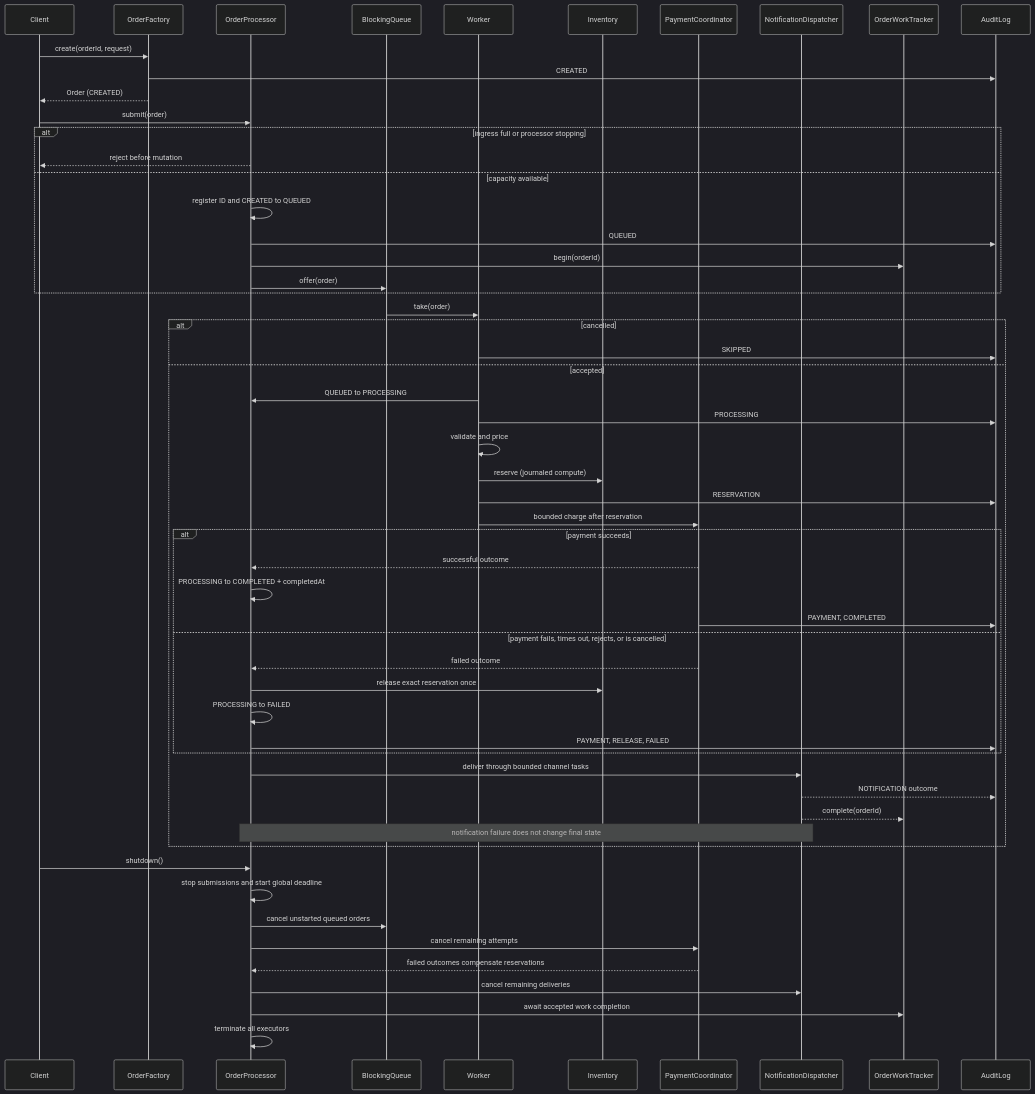
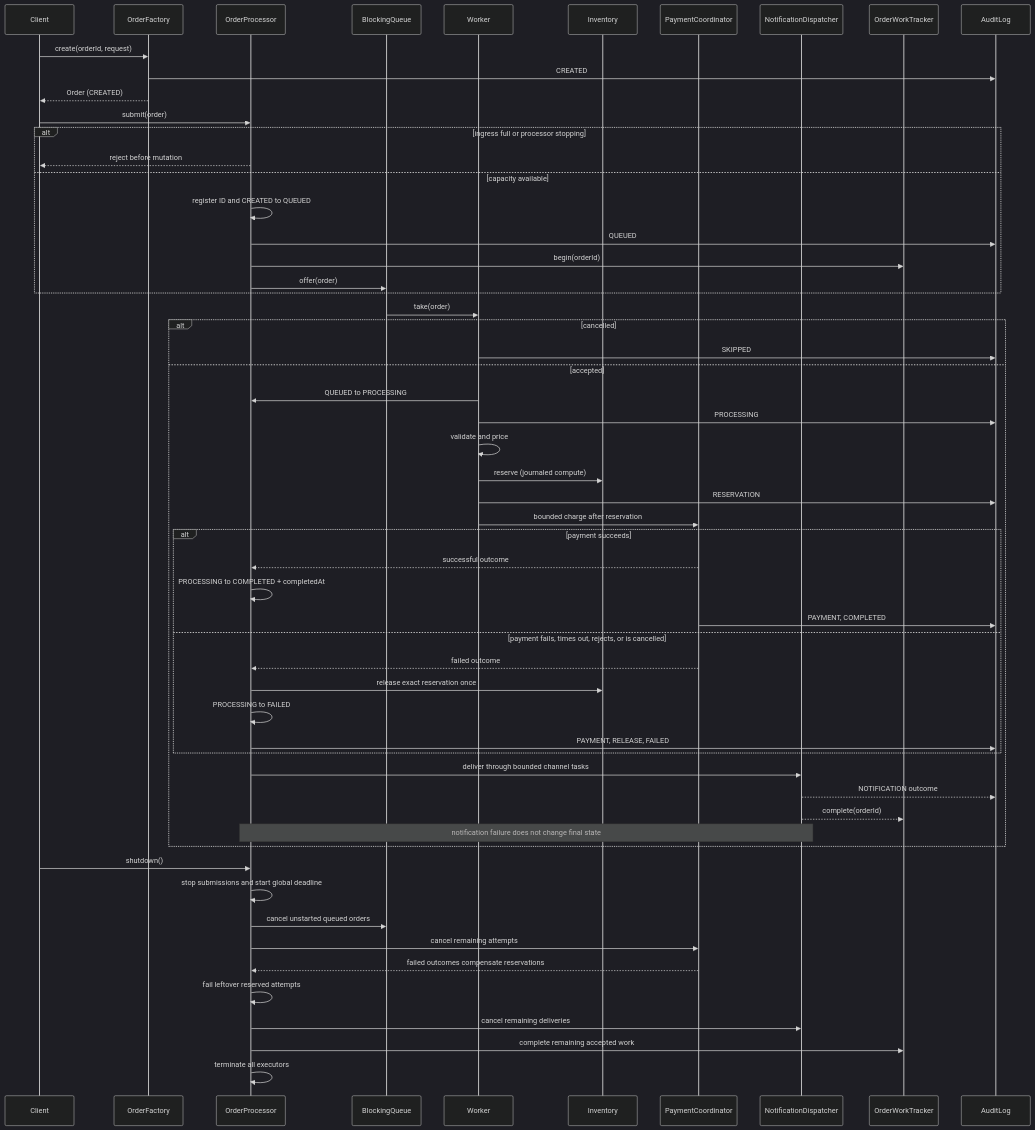
The diagram in docs/diagrams/orderflow-processing-sequence.md (Harsha-T-G/orderflow-poc), drawn with Mermaid (dark theme) before and after one commit. The commit also changed 23 other files, not shown here.

````diff
--- a/docs/diagrams/orderflow-processing-sequence.md
+++ b/docs/diagrams/orderflow-processing-sequence.md
@@ -3,59 +3,60 @@
 ```mermaid
 sequenceDiagram
     participant Client
     participant Factory as OrderFactory
     participant Processor as OrderProcessor
     participant Queue as BlockingQueue
     participant Worker
     participant Inventory
     participant Payment as PaymentCoordinator
     participant Notify as NotificationDispatcher
     participant Tracker as OrderWorkTracker
     participant Audit as AuditLog
 
     Client->>Factory: create(orderId, request)
     Factory->>Audit: CREATED
     Factory-->>Client: Order (CREATED)
     Client->>Processor: submit(order)
     alt ingress full or processor stopping
         Processor-->>Client: reject before mutation
     else capacity available
         Processor->>Processor: register ID and CREATED to QUEUED
         Processor->>Audit: QUEUED
         Processor->>Tracker: begin(orderId)
         Processor->>Queue: offer(order)
     end
     Queue->>Worker: take(order)
     alt cancelled
         Worker->>Audit: SKIPPED
     else accepted
         Worker->>Processor: QUEUED to PROCESSING
         Worker->>Audit: PROCESSING
         Worker->>Worker: validate and price
         Worker->>Inventory: reserve (journaled compute)
         Worker->>Audit: RESERVATION
         Worker->>Payment: bounded charge after reservation
         alt payment succeeds
             Payment-->>Processor: successful outcome
             Processor->>Processor: PROCESSING to COMPLETED + completedAt
             Payment->>Audit: PAYMENT, COMPLETED
         else payment fails, times out, rejects, or is cancelled
             Payment-->>Processor: failed outcome
             Processor->>Inventory: release exact reservation once
             Processor->>Processor: PROCESSING to FAILED
             Processor->>Audit: PAYMENT, RELEASE, FAILED
         end
         Processor->>Notify: deliver through bounded channel tasks
         Notify-->>Audit: NOTIFICATION outcome
         Notify-->>Tracker: complete(orderId)
         Note over Notify,Processor: notification failure does not change final state
     end
     Client->>Processor: shutdown()
     Processor->>Processor: stop submissions and start global deadline
     Processor->>Queue: cancel unstarted queued orders
     Processor->>Payment: cancel remaining attempts
     Payment-->>Processor: failed outcomes compensate reservations
+    Processor->>Processor: fail leftover reserved attempts
     Processor->>Notify: cancel remaining deliveries
-    Processor->>Tracker: await accepted work completion
+    Processor->>Tracker: complete remaining accepted work
     Processor->>Processor: terminate all executors
 ```
````
